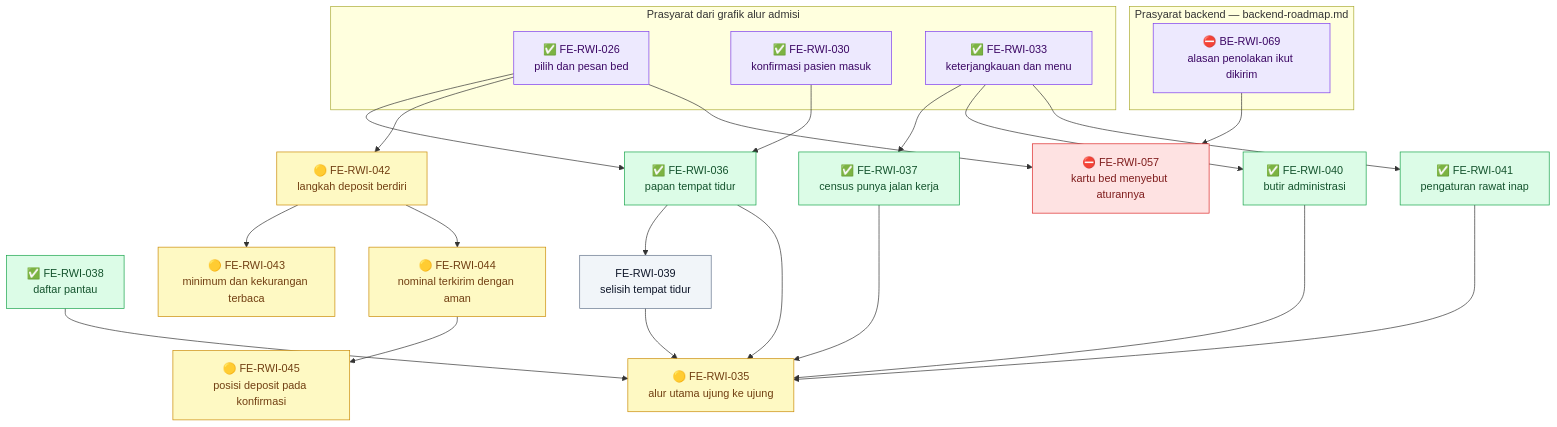
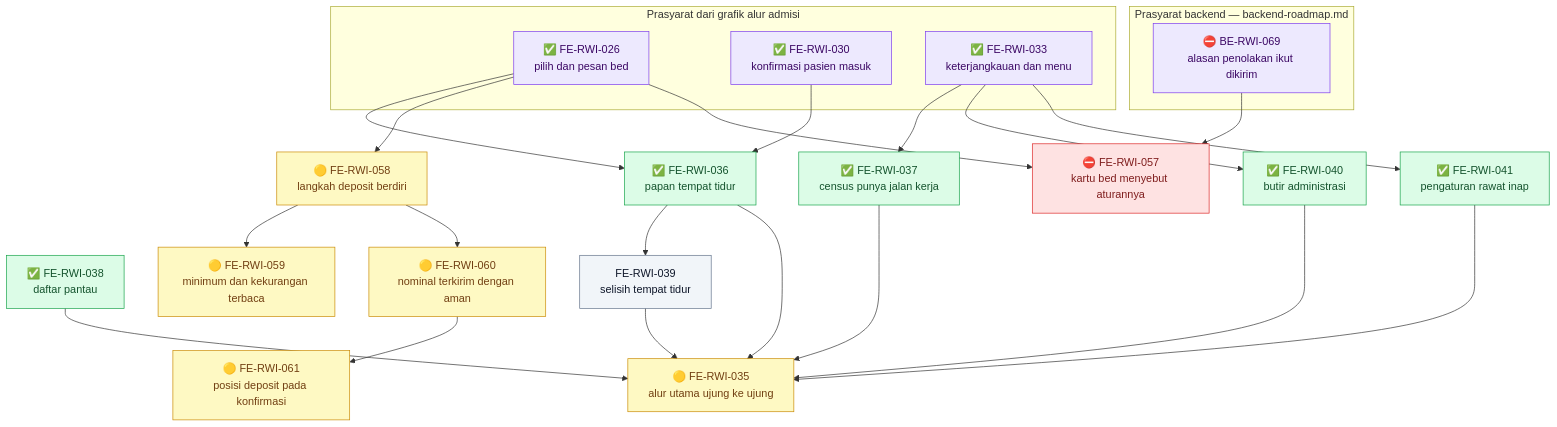
One commit to DevBenari/NewQuilvianSystemBackend changed the second of 3 diagrams in docs/module-blueprints/rawat-inap/episode-rawat-inap/roadmap/frontend-roadmap.md. Above: the diagram before and after it, drawn with Mermaid. The commit also changed other lines of this file and 234 other files, not shown here.

````diff
--- a/docs/module-blueprints/rawat-inap/episode-rawat-inap/roadmap/frontend-roadmap.md
+++ b/docs/module-blueprints/rawat-inap/episode-rawat-inap/roadmap/frontend-roadmap.md
@@ -141,50 +141,50 @@
 ```mermaid
 flowchart TD
     classDef selesai fill:#DCFCE7,stroke:#16A34A,color:#14532D
     classDef sebagian fill:#FEF9C3,stroke:#CA8A04,color:#713F12
     classDef terblokir fill:#FEE2E2,stroke:#DC2626,color:#7F1D1D
     classDef belum fill:#F1F5F9,stroke:#64748B,color:#0F172A
     classDef luar fill:#EDE9FE,stroke:#7C3AED,color:#3B0764
 
     subgraph backend["Prasyarat backend — backend-roadmap.md"]
         BE069["⛔ BE-RWI-069<br/>alasan penolakan ikut dikirim"]:::luar
     end
 
     subgraph alur["Prasyarat dari grafik alur admisi"]
         FE026x["✅ FE-RWI-026<br/>pilih dan pesan bed"]:::luar
         FE030x["✅ FE-RWI-030<br/>konfirmasi pasien masuk"]:::luar
         FE033x["✅ FE-RWI-033<br/>keterjangkauan dan menu"]:::luar
     end
 
     FE036["✅ FE-RWI-036<br/>papan tempat tidur"]:::selesai
     FE037["✅ FE-RWI-037<br/>census punya jalan kerja"]:::selesai
     FE038["✅ FE-RWI-038<br/>daftar pantau"]:::selesai
     FE039["FE-RWI-039<br/>selisih tempat tidur"]:::belum
     FE040["✅ FE-RWI-040<br/>butir administrasi"]:::selesai
     FE041["✅ FE-RWI-041<br/>pengaturan rawat inap"]:::selesai
     FE035["🟡 FE-RWI-035<br/>alur utama ujung ke ujung"]:::sebagian
-    FE042["🟡 FE-RWI-042<br/>langkah deposit berdiri"]:::sebagian
-    FE043["🟡 FE-RWI-043<br/>minimum dan kekurangan terbaca"]:::sebagian
-    FE044["🟡 FE-RWI-044<br/>nominal terkirim dengan aman"]:::sebagian
-    FE045["🟡 FE-RWI-045<br/>posisi deposit pada konfirmasi"]:::sebagian
+    FE042["🟡 FE-RWI-058<br/>langkah deposit berdiri"]:::sebagian
+    FE043["🟡 FE-RWI-059<br/>minimum dan kekurangan terbaca"]:::sebagian
+    FE044["🟡 FE-RWI-060<br/>nominal terkirim dengan aman"]:::sebagian
+    FE045["🟡 FE-RWI-061<br/>posisi deposit pada konfirmasi"]:::sebagian
     FE057["⛔ FE-RWI-057<br/>kartu bed menyebut aturannya"]:::terblokir
 
     FE026x --> FE036
     FE030x --> FE036
     FE033x --> FE037
     FE033x --> FE040
     FE033x --> FE041
     FE036 --> FE039
     FE036 --> FE035
     FE037 --> FE035
     FE038 --> FE035
     FE039 --> FE035
     FE040 --> FE035
     FE041 --> FE035
     FE026x --> FE042
     FE042 --> FE043
     FE042 --> FE044
     FE044 --> FE045
     FE026x --> FE057
     BE069 --> FE057
 ```
````
